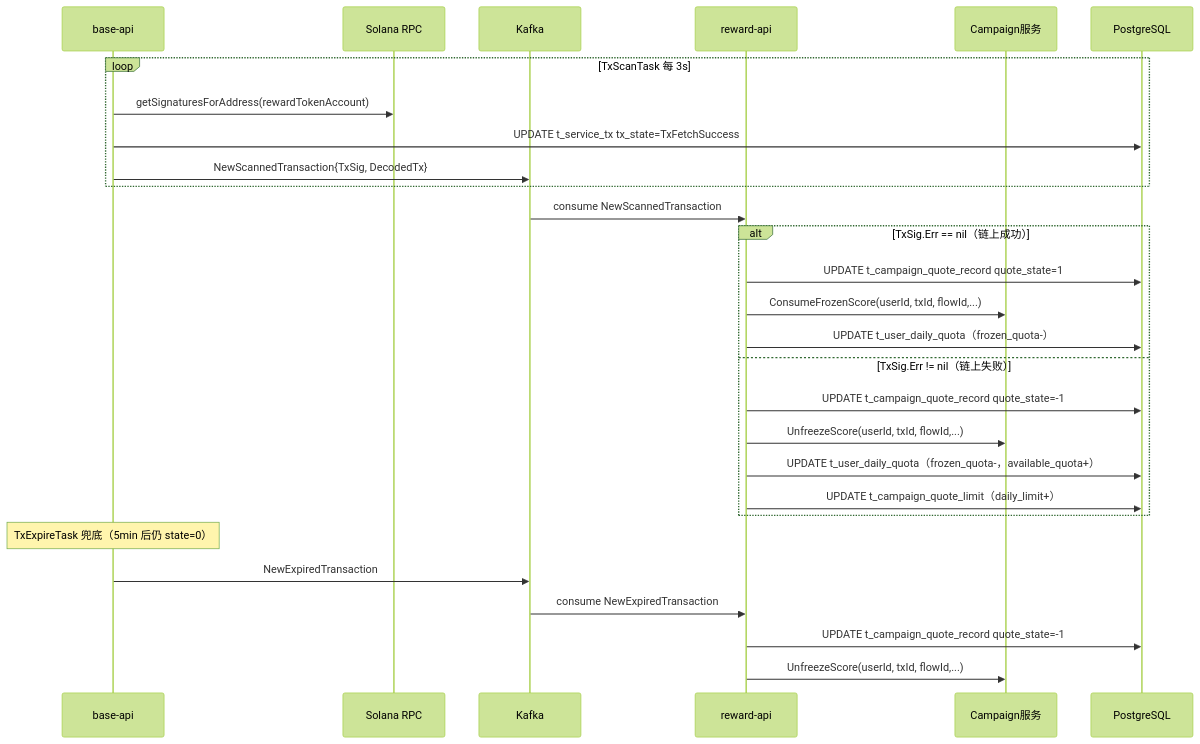
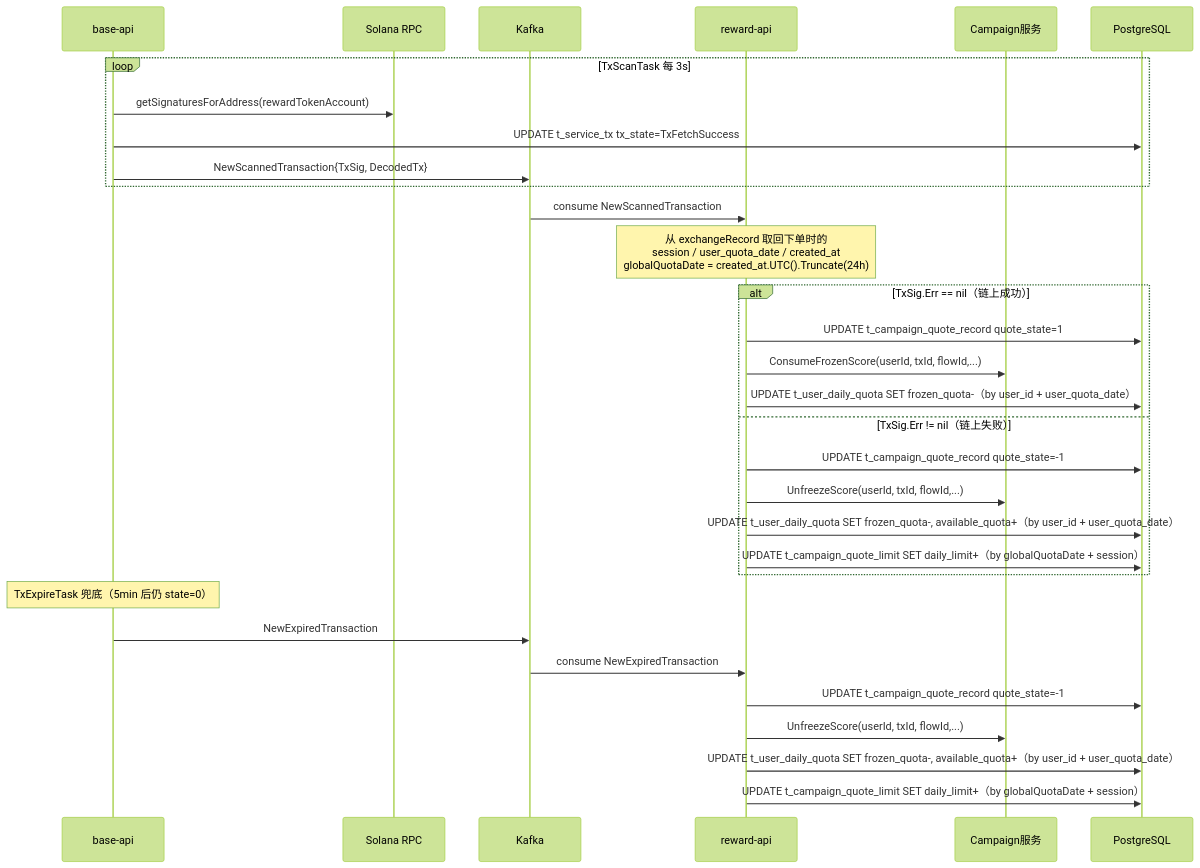
The fourth of 7 diagrams in docs/v1/reward_campaign.md (BillInUK/oshit-go), drawn with Mermaid (forest theme) before and after one commit. The commit also changed other lines of this file and 8 other files, not shown here.

````diff
--- a/docs/v1/reward_campaign.md
+++ b/docs/v1/reward_campaign.md
@@ -228,33 +293,36 @@
 ```mermaid
 sequenceDiagram
     participant B as base-api
     participant SOL as Solana RPC
     participant K as Kafka
     participant R as reward-api
     participant C as Campaign服务
     participant DB as PostgreSQL
 
     loop TxScanTask 每 3s
         B->>SOL: getSignaturesForAddress(rewardTokenAccount)
         B->>DB: UPDATE t_service_tx tx_state=TxFetchSuccess
         B->>K: NewScannedTransaction{TxSig, DecodedTx}
     end
 
     K->>R: consume NewScannedTransaction
+    Note over R: 从 exchangeRecord 取回下单时的<br/>session / user_quota_date / created_at<br/>globalQuotaDate = created_at.UTC().Truncate(24h)
     alt TxSig.Err == nil（链上成功）
         R->>DB: UPDATE t_campaign_quote_record quote_state=1
         R->>C: ConsumeFrozenScore(userId, txId, flowId,...)
-        R->>DB: UPDATE t_user_daily_quota（frozen_quota-）
+        R->>DB: UPDATE t_user_daily_quota SET frozen_quota-（by user_id + user_quota_date）
     else TxSig.Err != nil（链上失败）
         R->>DB: UPDATE t_campaign_quote_record quote_state=-1
         R->>C: UnfreezeScore(userId, txId, flowId,...)
-        R->>DB: UPDATE t_user_daily_quota（frozen_quota-，available_quota+）
-        R->>DB: UPDATE t_campaign_quote_limit（daily_limit+）
+        R->>DB: UPDATE t_user_daily_quota SET frozen_quota-, available_quota+（by user_id + user_quota_date）
+        R->>DB: UPDATE t_campaign_quote_limit SET daily_limit+（by globalQuotaDate + session）
     end
 
     Note over B: TxExpireTask 兜底（5min 后仍 state=0）
     B->>K: NewExpiredTransaction
     K->>R: consume NewExpiredTransaction
     R->>DB: UPDATE t_campaign_quote_record quote_state=-1
     R->>C: UnfreezeScore(userId, txId, flowId,...)
+    R->>DB: UPDATE t_user_daily_quota SET frozen_quota-, available_quota+（by user_id + user_quota_date）
+    R->>DB: UPDATE t_campaign_quote_limit SET daily_limit+（by globalQuotaDate + session）
 ```
````
